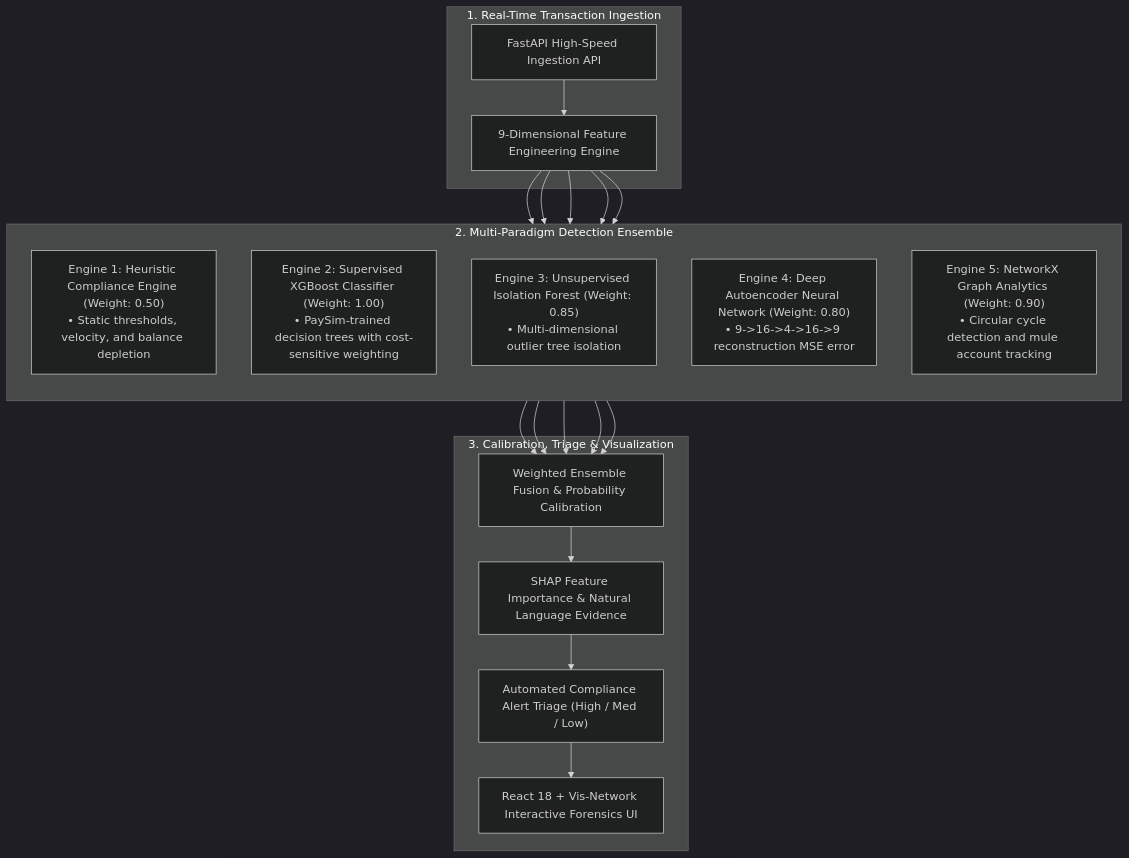
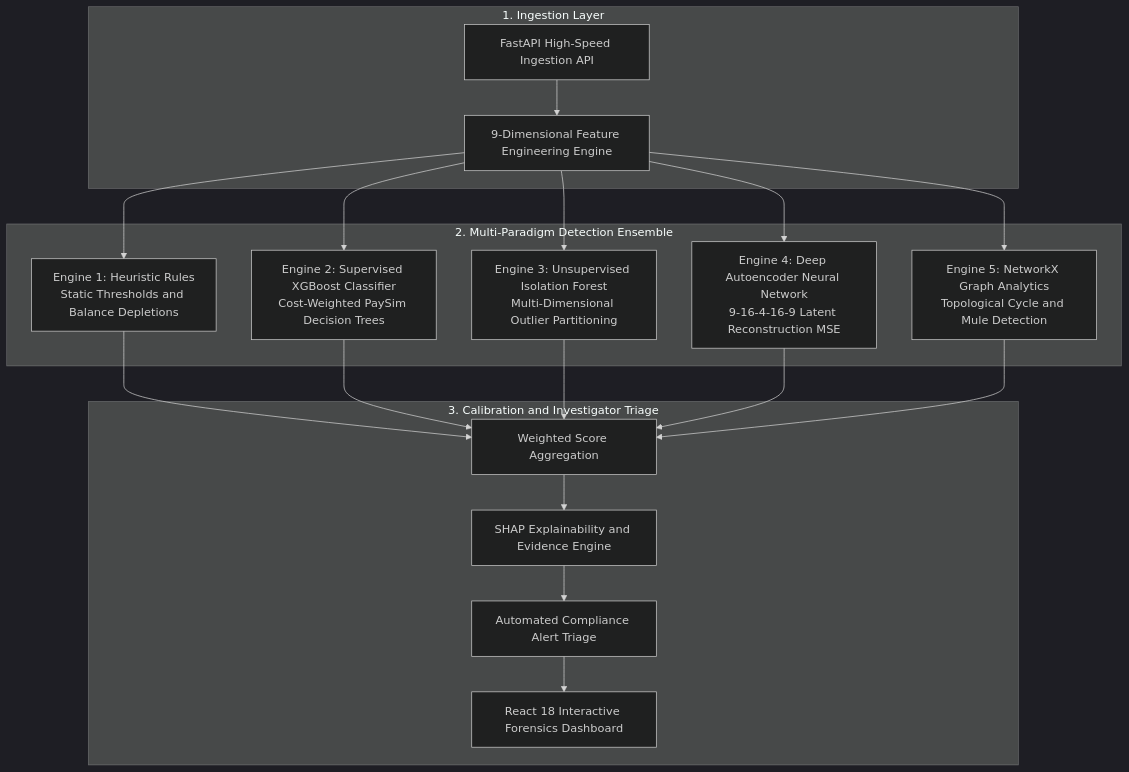
Before and after one commit to BharathKumar113/anti_money_laundering: the fourth of 13 diagrams in documentation.md, drawn with Mermaid (dark theme). The commit also changed other lines of this file, not shown here.

Commit message:
fix(docs): resolve rich display render issues, sanitize Mermaid diagrams, and add visual layout cards

````diff
--- a/documentation.md
+++ b/documentation.md
@@ -157,26 +179,39 @@
 ```mermaid
 flowchart TD
-    subgraph Input["1. Real-Time Transaction Ingestion"]
+    subgraph Ingestion["1. Ingestion Layer"]
         API["FastAPI High-Speed Ingestion API"]
         Contract["9-Dimensional Feature Engineering Engine"]
     end
 
     subgraph Ensemble["2. Multi-Paradigm Detection Ensemble"]
-        direction TB
-        E1["Engine 1: Heuristic Compliance Engine (Weight: 0.50)<br>• Static thresholds, velocity, and balance depletion"]
-        E2["Engine 2: Supervised XGBoost Classifier (Weight: 1.00)<br>• PaySim-trained decision trees with cost-sensitive weighting"]
-        E3["Engine 3: Unsupervised Isolation Forest (Weight: 0.85)<br>• Multi-dimensional outlier tree isolation"]
-        E4["Engine 4: Deep Autoencoder Neural Network (Weight: 0.80)<br>• 9->16->4->16->9 reconstruction MSE error"]
-        E5["Engine 5: NetworkX Graph Analytics (Weight: 0.90)<br>• Circular cycle detection and mule account tracking"]
+        E1["Engine 1: Heuristic Rules<br/>Static Thresholds and Balance Depletions"]
+        E2["Engine 2: Supervised XGBoost Classifier<br/>Cost-Weighted PaySim Decision Trees"]
+        E3["Engine 3: Unsupervised Isolation Forest<br/>Multi-Dimensional Outlier Partitioning"]
+        E4["Engine 4: Deep Autoencoder Neural Network<br/>9-16-4-16-9 Latent Reconstruction MSE"]
+        E5["Engine 5: NetworkX Graph Analytics<br/>Topological Cycle and Mule Detection"]
     end
 
-    subgraph Output["3. Calibration, Triage & Visualization"]
-        Fusion["Weighted Ensemble Fusion & Probability Calibration"]
-        XAI["SHAP Feature Importance & Natural Language Evidence"]
-        Alert["Automated Compliance Alert Triage (High / Med / Low)"]
-        Dashboard["React 18 + Vis-Network Interactive Forensics UI"]
+    subgraph Output["3. Calibration and Investigator Triage"]
+        Fusion["Weighted Score Aggregation"]
+        XAI["SHAP Explainability and Evidence Engine"]
+        Alert["Automated Compliance Alert Triage"]
+        Dashboard["React 18 Interactive Forensics Dashboard"]
     end
 
-    API --> Contract --> E1 & E2 & E3 & E4 & E5
-    E1 & E2 & E3 & E4 & E5 --> Fusion --> XAI --> Alert --> Dashboard
+    API --> Contract
+    Contract --> E1
+    Contract --> E2
+    Contract --> E3
+    Contract --> E4
+    Contract --> E5
+
+    E1 --> Fusion
+    E2 --> Fusion
+    E3 --> Fusion
+    E4 --> Fusion
+    E5 --> Fusion
+
+    Fusion --> XAI
+    XAI --> Alert
+    Alert --> Dashboard
 ```
````
